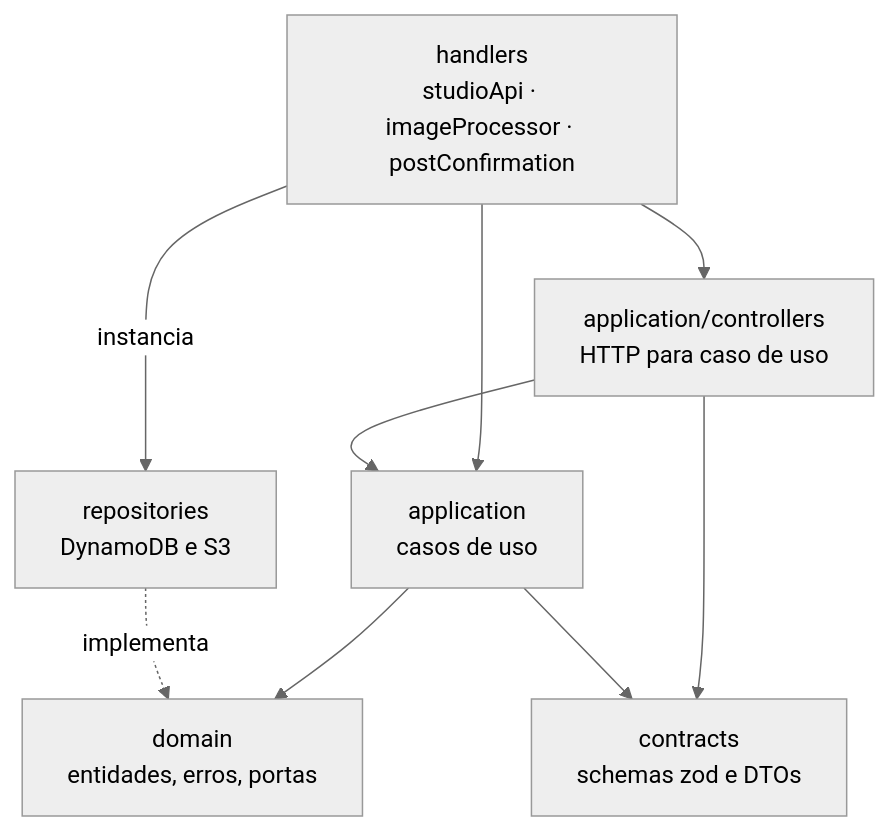
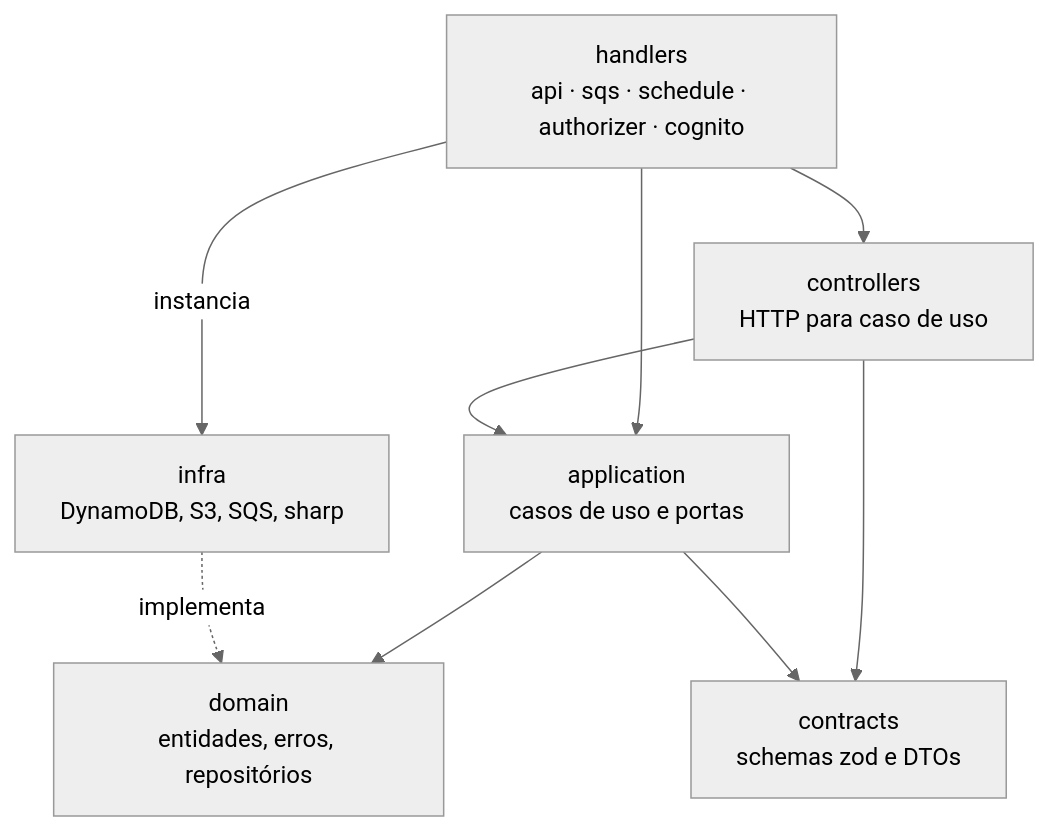
Before and after one commit to andreselva/lumora-docs: the diagram in developers/architecture/backend.mdx, drawn with Mermaid (neutral theme). The commit also changed other lines of this file and 45 other files, not shown here.

````diff
--- a/developers/architecture/backend.mdx
+++ b/developers/architecture/backend.mdx
@@ -10,18 +10,18 @@
 ```mermaid
 flowchart TD
-  H[handlers<br/>studioApi · imageProcessor · postConfirmation]
-  C[application/controllers<br/>HTTP para caso de uso]
-  U[application<br/>casos de uso]
-  DM[domain<br/>entidades, erros, portas]
-  R[repositories<br/>DynamoDB e S3]
+  H[handlers<br/>api · sqs · schedule · authorizer · cognito]
+  C[controllers<br/>HTTP para caso de uso]
+  U[application<br/>casos de uso e portas]
+  DM[domain<br/>entidades, erros, repositórios]
+  R[infra<br/>DynamoDB, S3, SQS, sharp]
   K[contracts<br/>schemas zod e DTOs]
 
   H --> C
   H --> U
   C --> U
   C --> K
   U --> DM
   U --> K
   R -. implementa .-> DM
   H -- instancia --> R
 ```
````
